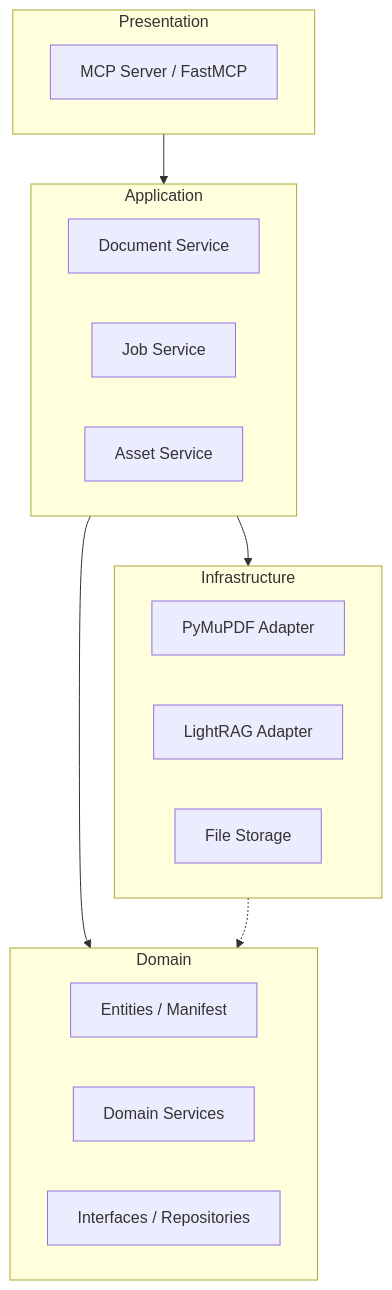
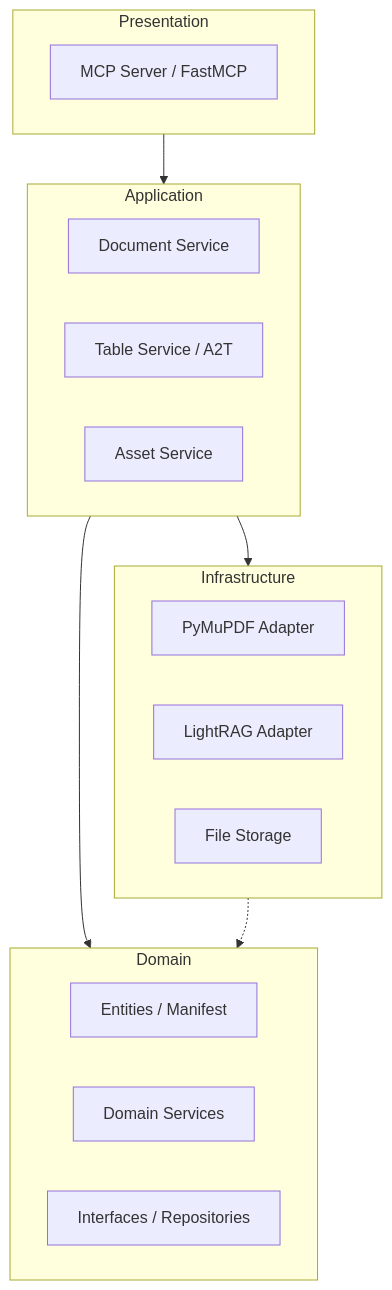
The diagram in ARCHITECTURE.md (u9401066/asset-aware-mcp), drawn with Mermaid before and after one commit. The commit also changed other lines of this file and 32 other files, not shown here.

````diff
--- a/ARCHITECTURE.md
+++ b/ARCHITECTURE.md
@@ -7,29 +7,29 @@
 ```mermaid
 graph TD
     subgraph Presentation
         MCP[MCP Server / FastMCP]
     end
 
     subgraph Application
         DS[Document Service]
-        JS[Job Service]
+        TS[Table Service / A2T]
         AS[Asset Service]
     end
 
     subgraph Domain
         DE[Entities / Manifest]
         DSV[Domain Services]
         DI[Interfaces / Repositories]
     end
 
     subgraph Infrastructure
         PA[PyMuPDF Adapter]
         LR[LightRAG Adapter]
         FS[File Storage]
     end
 
     Presentation --> Application
     Application --> Domain
     Infrastructure -.-> Domain
     Application --> Infrastructure
 ```
````
